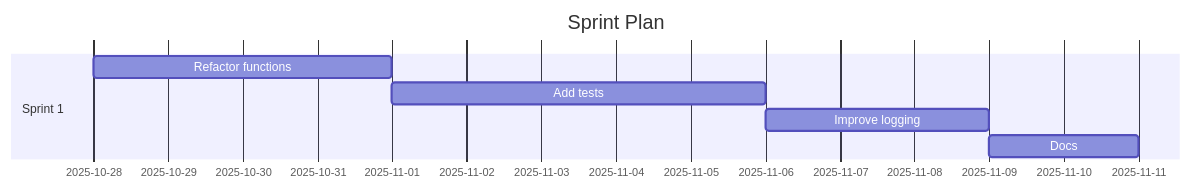
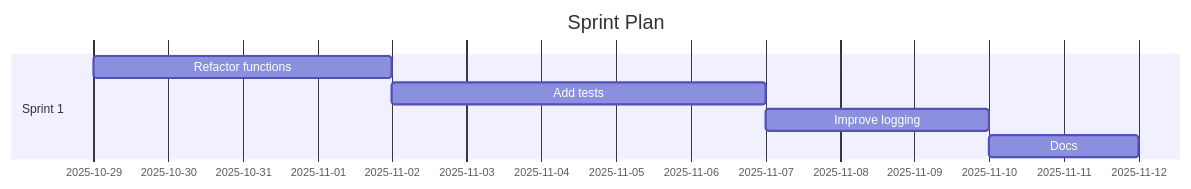
One commit to Anselmoo/mcp-ai-agent-guidelines changed the diagram in demos/demo-code-analysis.sprint.md. Above: the diagram before and after it, drawn with Mermaid. The commit also changed other lines of this file and 98 other files, not shown here.

First line of the commit message:
feat: standardize documentation sections and add Enterprise Architect… (#189)

````diff
--- a/demos/demo-code-analysis.sprint.md
+++ b/demos/demo-code-analysis.sprint.md
@@ -59,11 +59,11 @@
 ```mermaid
 gantt
 	dateFormat  YYYY-MM-DD
 	title Sprint Plan
 %% Accessibility: Title=Project Sprint Plan; Description=Gantt chart of sprints and tasks over time. %%
   section Sprint 1
-  Refactor functions :s1t0, 2025-10-28, 4d
-  Add tests :s1t1, 2025-11-01, 5d
-  Improve logging :s1t2, 2025-11-06, 3d
-  Docs :s1t3, 2025-11-09, 2d
+  Refactor functions :s1t0, 2025-10-29, 4d
+  Add tests :s1t1, 2025-11-02, 5d
+  Improve logging :s1t2, 2025-11-07, 3d
+  Docs :s1t3, 2025-11-10, 2d
 ```
````
